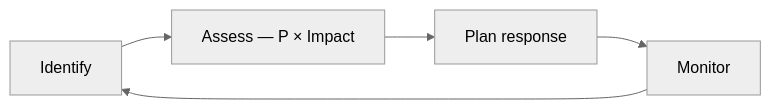
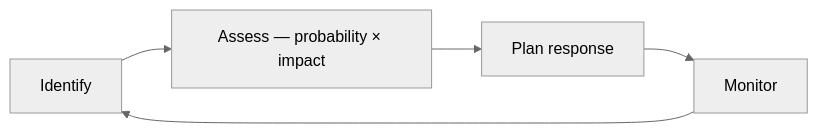
One commit to arrmagazin/engx changed the second of 2 diagrams in docs/10-management/01-delivery-management.md. Above: the diagram before and after it, drawn with Mermaid (neutral theme). The commit also changed other lines of this file, not shown here.

````diff
--- a/docs/10-management/01-delivery-management.md
+++ b/docs/10-management/01-delivery-management.md
@@ -194,7 +115,7 @@
 ```mermaid
 graph LR
-    ID["Identify"] --> AS["Assess — P × Impact"]
+    ID["Identify"] --> AS["Assess — probability × impact"]
     AS --> PL["Plan response"]
     PL --> MO["Monitor"]
     MO --> ID
 ```
````
